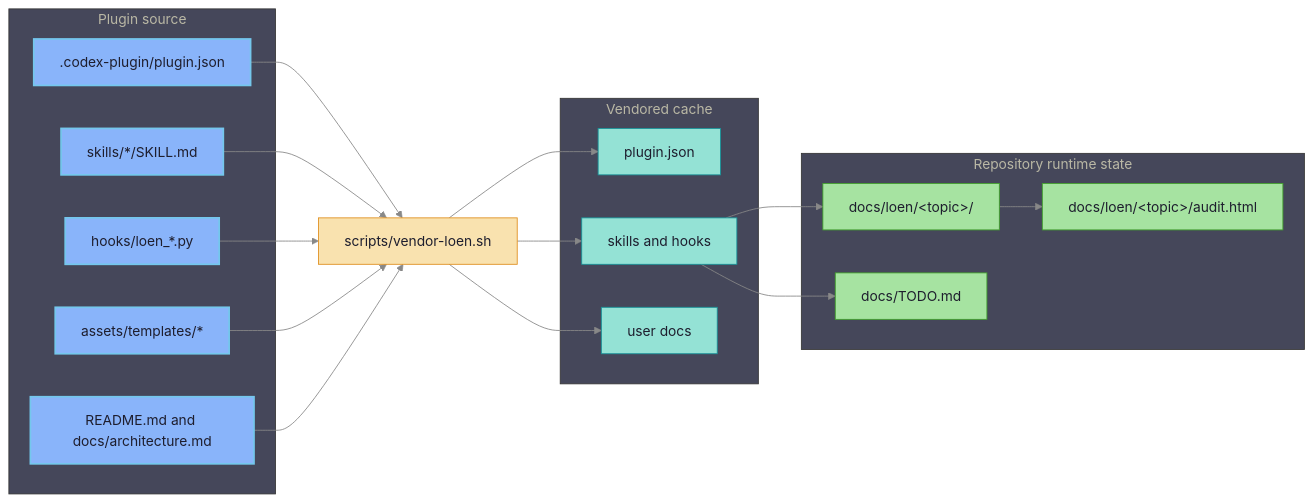
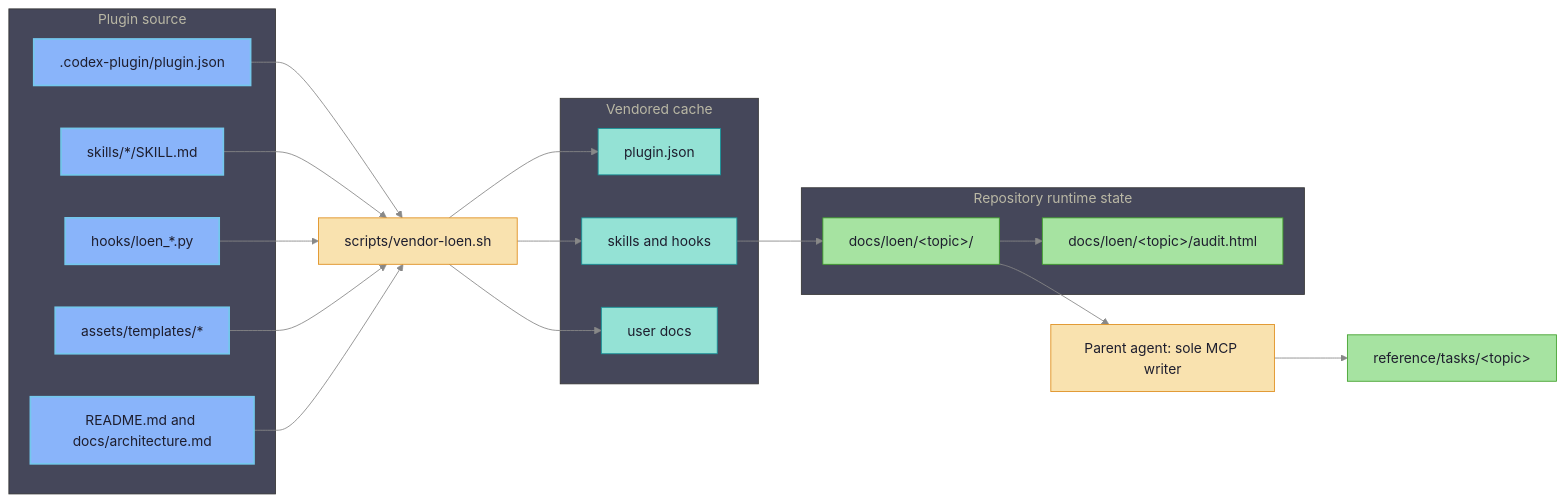
Before and after one commit to ikeniborn/icodex: the first of 3 diagrams in .codex-isolated/plugins/cache/ikeniborn/loen/0.2.0/docs/architecture.md, drawn with Mermaid. The commit also changed other lines of this file and 29 other files, not shown here.

Commit message:
fix(loen): align runtime task ledger

````diff
--- a/.codex-isolated/plugins/cache/ikeniborn/loen/0.2.0/docs/architecture.md
+++ b/.codex-isolated/plugins/cache/ikeniborn/loen/0.2.0/docs/architecture.md
@@ -8,46 +8,49 @@
 ```mermaid
 %%{init: {'theme': 'base', 'themeVariables': {'background': '#1e1e2e', 'primaryColor': '#313244', 'primaryTextColor': '#cdd6f4', 'primaryBorderColor': '#89b4fa', 'lineColor': '#888888', 'secondaryColor': '#181825', 'tertiaryColor': '#45475a'}}}%%
 flowchart LR
     subgraph src["Plugin source"]
         Manifest[".codex-plugin/plugin.json"]
         Skills["skills/*/SKILL.md"]
         Hooks["hooks/loen_*.py"]
         Templates["assets/templates/*"]
         Docs["README.md and docs/architecture.md"]
     end
 
     Vendor["scripts/vendor-loen.sh"]
+    Parent["Parent agent: sole MCP writer"]
+    SharedTask["reference/tasks/&lt;topic&gt;"]
 
     subgraph cache["Vendored cache"]
         CacheManifest["plugin.json"]
         CacheSkills["skills and hooks"]
         CacheDocs["user docs"]
     end
 
     subgraph runtime["Repository runtime state"]
         Topic["docs/loen/&lt;topic&gt;/"]
         TopicAudit["docs/loen/&lt;topic&gt;/audit.html"]
-        Todo["docs/TODO.md"]
     end
 
     Manifest --> Vendor
     Skills --> Vendor
     Hooks --> Vendor
     Templates --> Vendor
     Docs --> Vendor
     Vendor --> CacheManifest
     Vendor --> CacheSkills
     Vendor --> CacheDocs
     CacheSkills --> Topic
     Topic --> TopicAudit
-    CacheSkills --> Todo
+    Topic --> Parent
+    Parent --> SharedTask
 
     classDef source fill:#89b4fa,color:#1e1e2e,stroke:#74c7ec,stroke-width:2px
     classDef process fill:#f9e2af,color:#1e1e2e,stroke:#df8e1d
     classDef cache fill:#94e2d5,color:#1e1e2e,stroke:#179299
     classDef runtime fill:#a6e3a1,color:#1e1e2e,stroke:#40a02b
     class Manifest,Skills,Hooks,Templates,Docs source
     class Vendor process
     class CacheManifest,CacheSkills,CacheDocs cache
-    class Topic,TopicAudit,Todo runtime
+    class Topic,TopicAudit,SharedTask runtime
+    class Parent process
 ```
````
